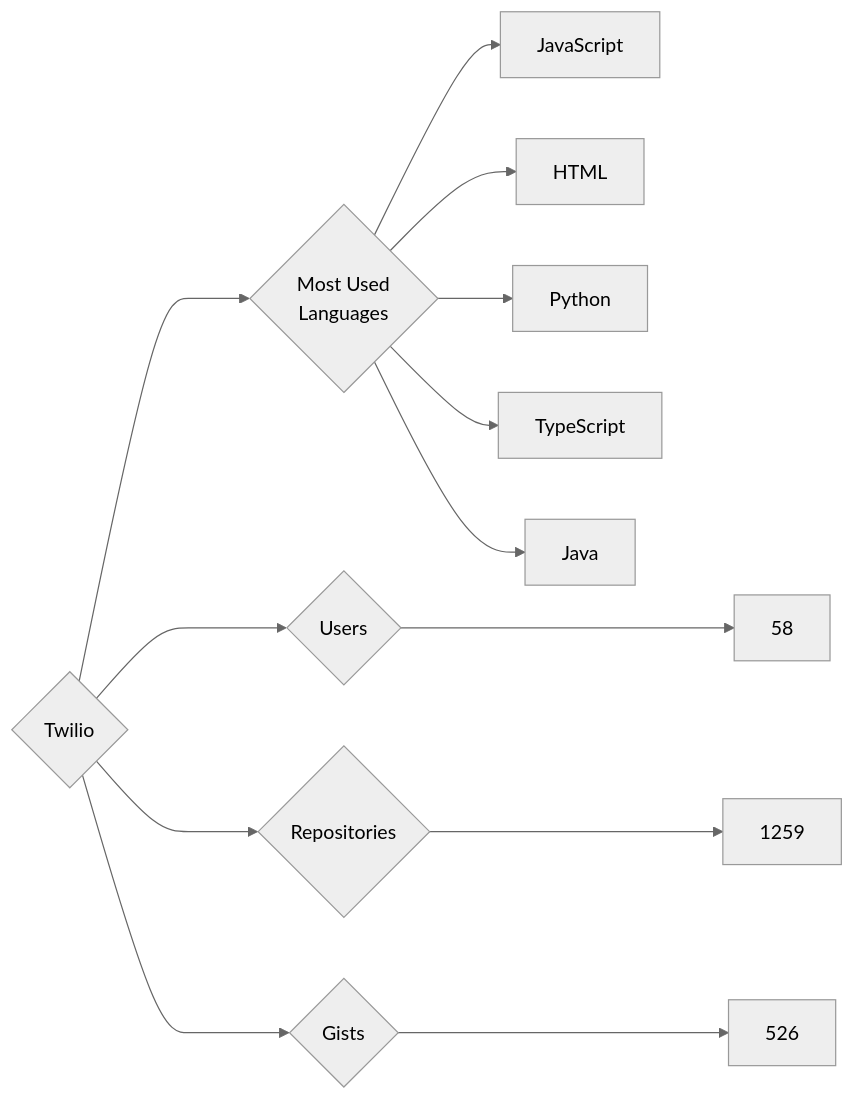
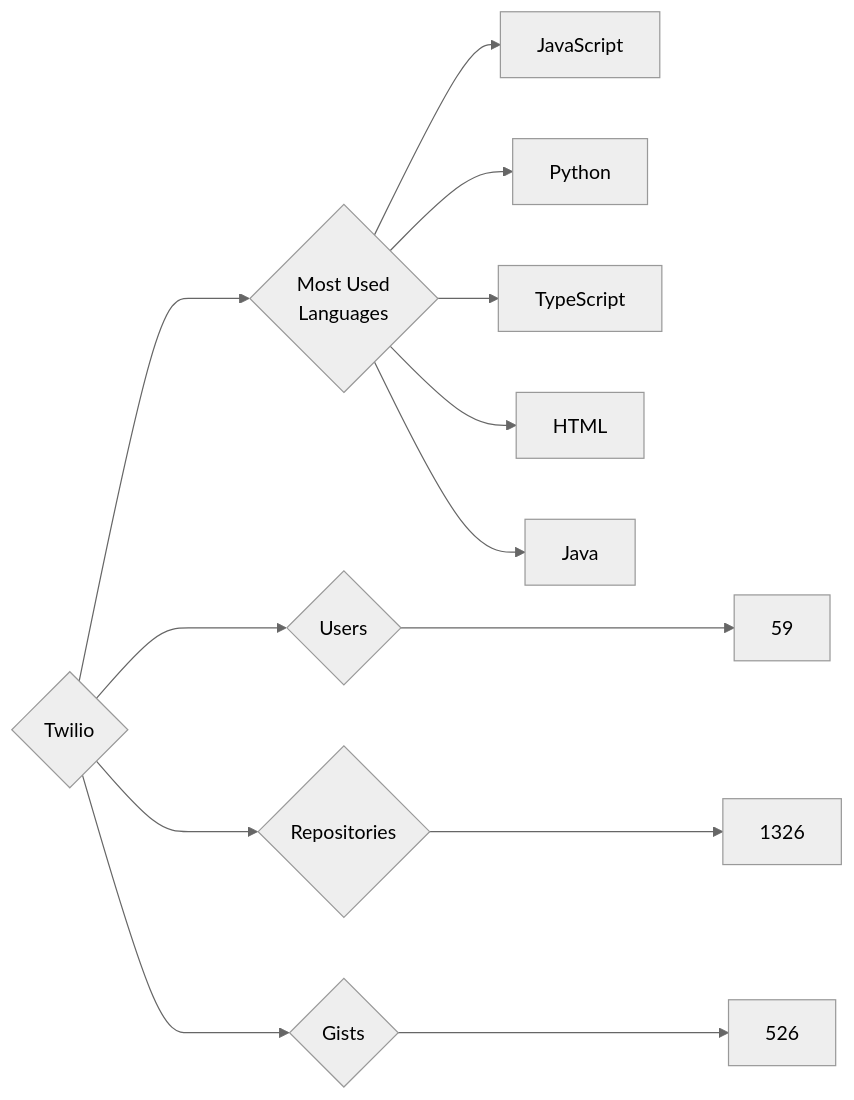
Before and after one commit to trickest/insiders: the diagram in targets/Twilio/README.md, drawn with Mermaid (neutral theme). The commit also changed 895 other files, not shown here.

````diff
--- a/targets/Twilio/README.md
+++ b/targets/Twilio/README.md
@@ -3,13 +3,13 @@
 ```mermaid
 graph LR
 COMPANY_NAME{Twilio}
-COMPANY_NAME ---> U{Users} ---> UN[58]
-COMPANY_NAME ---> R{Repositories} ---> RN[1259]
+COMPANY_NAME ---> U{Users} ---> UN[59]
+COMPANY_NAME ---> R{Repositories} ---> RN[1326]
 COMPANY_NAME ---> G{Gists} ---> GN[526]
 COMPANY_NAME ---> ML{Most Used<br>Languages}
 ML --> JavaScript[JavaScript]
-ML --> HTML[HTML]
 ML --> Python[Python]
 ML --> TypeScript[TypeScript]
+ML --> HTML[HTML]
 ML --> Java[Java]
 ```
````
